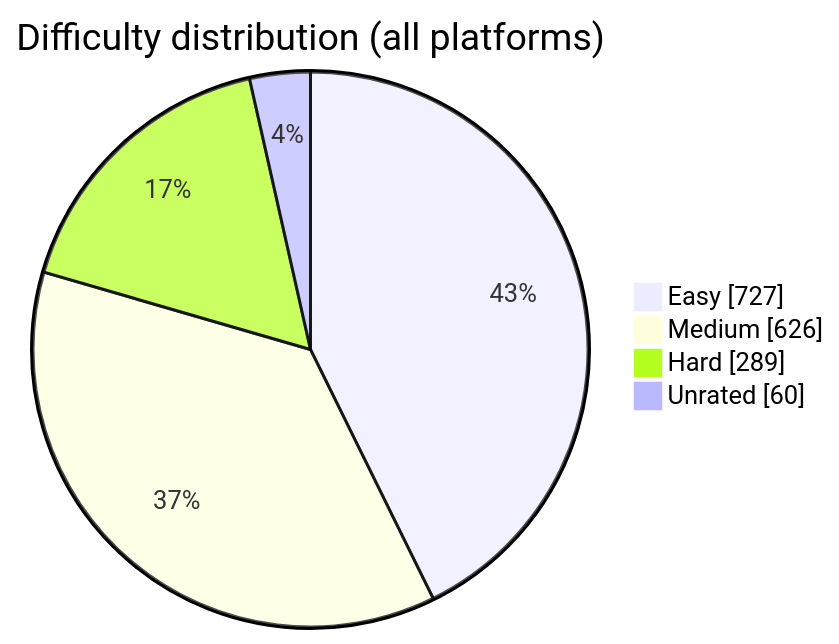
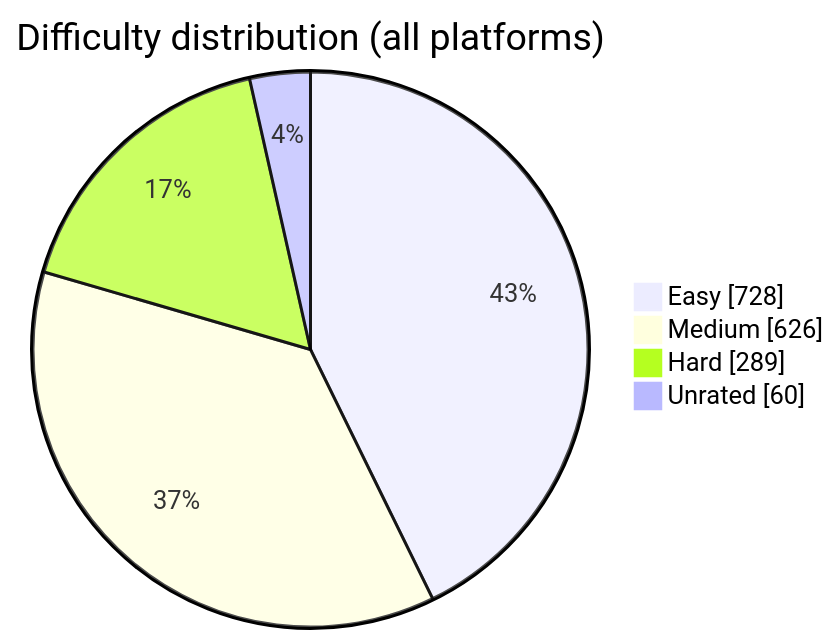
One commit to BuildbyArindam/Daily-Coding-Log changed the diagram in README.md. Above: the diagram before and after it, drawn with Mermaid. The commit also changed other lines of this file, not shown here.

````diff
--- a/README.md
+++ b/README.md
@@ -93,7 +93,7 @@
 ```mermaid
 pie showData title Difficulty distribution (all platforms)
-    "Easy" : 727
+    "Easy" : 728
     "Medium" : 626
     "Hard" : 289
     "Unrated" : 60
 ```
````
